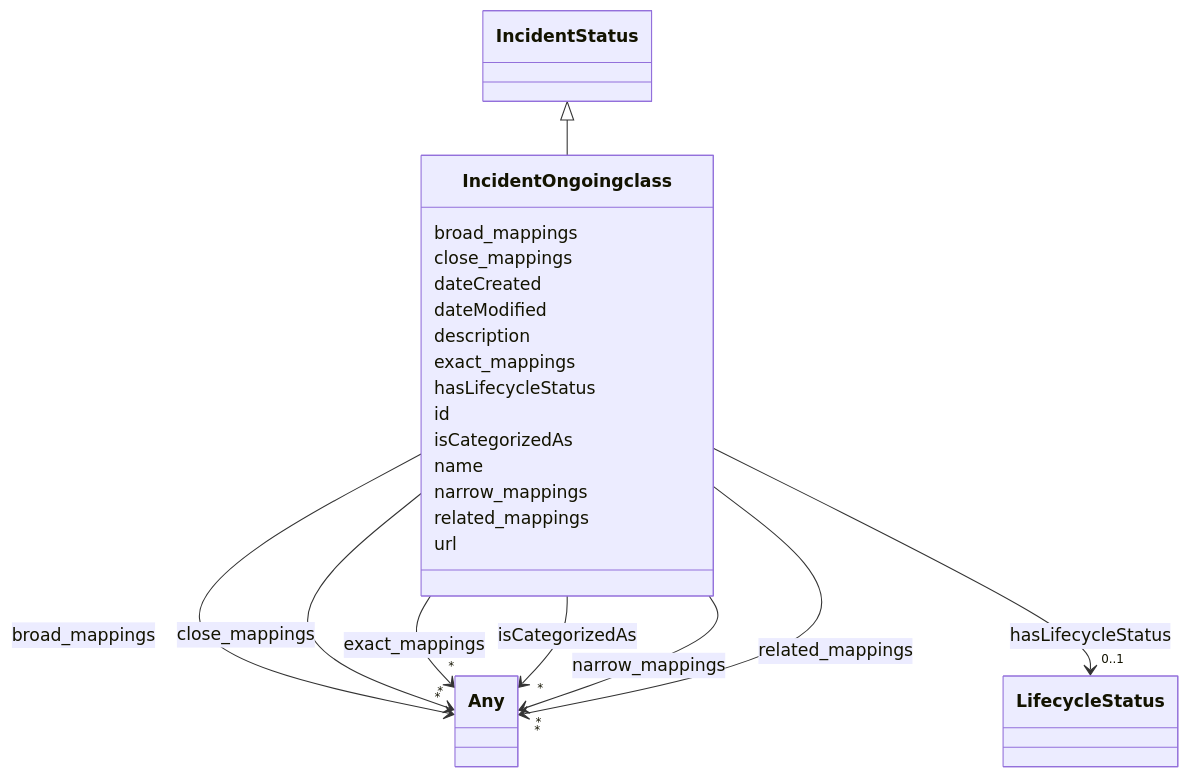
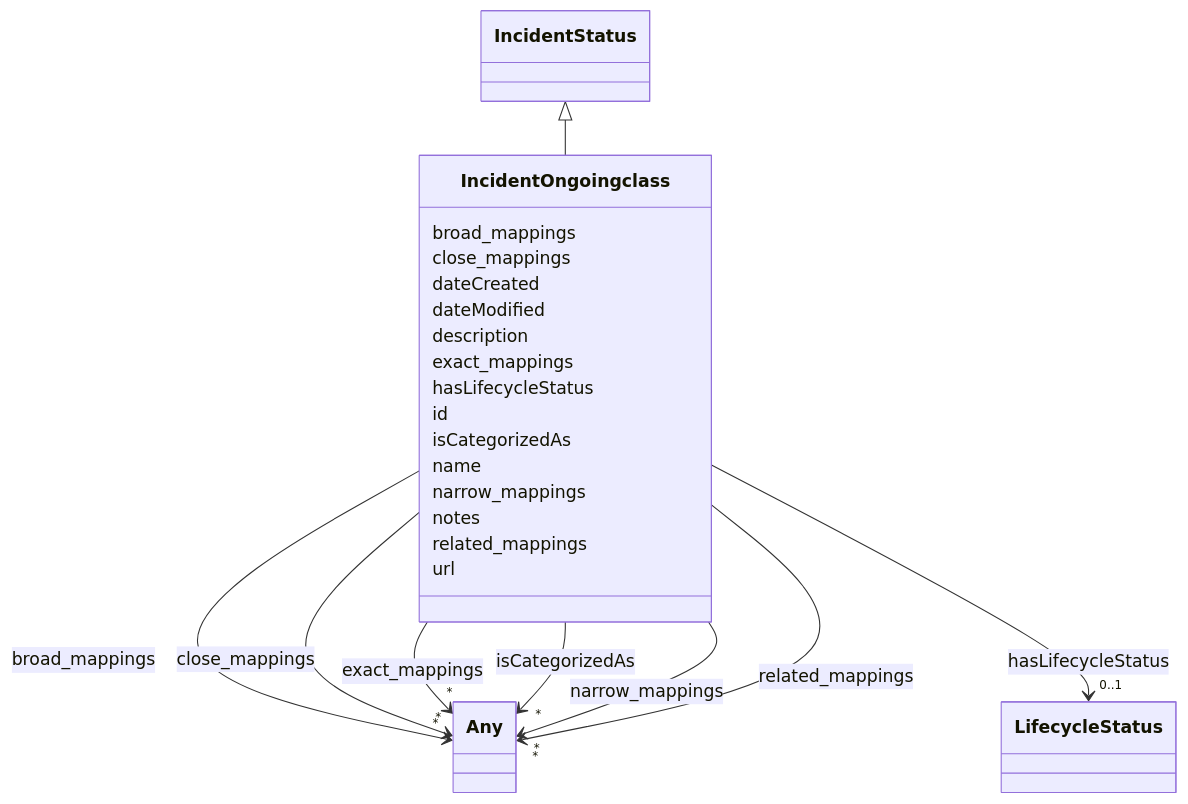
The diagram in docs/ontology/IncidentOngoingclass.md (ingelise/risk-atlas-nexus), drawn with Mermaid before and after one commit. The commit also changed other lines of this file and 318 other files, not shown here.

```diff
--- a/docs/ontology/IncidentOngoingclass.md
+++ b/docs/ontology/IncidentOngoingclass.md
@@ -92,6 +92,8 @@
 
 
 
+      IncidentOngoingclass : notes
+
       IncidentOngoingclass : related_mappings
 
 
```
